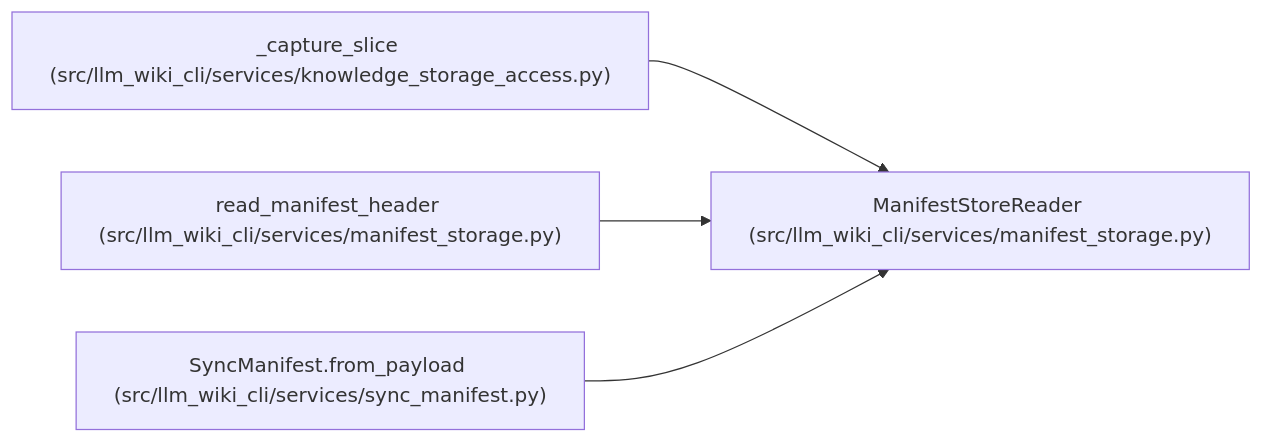
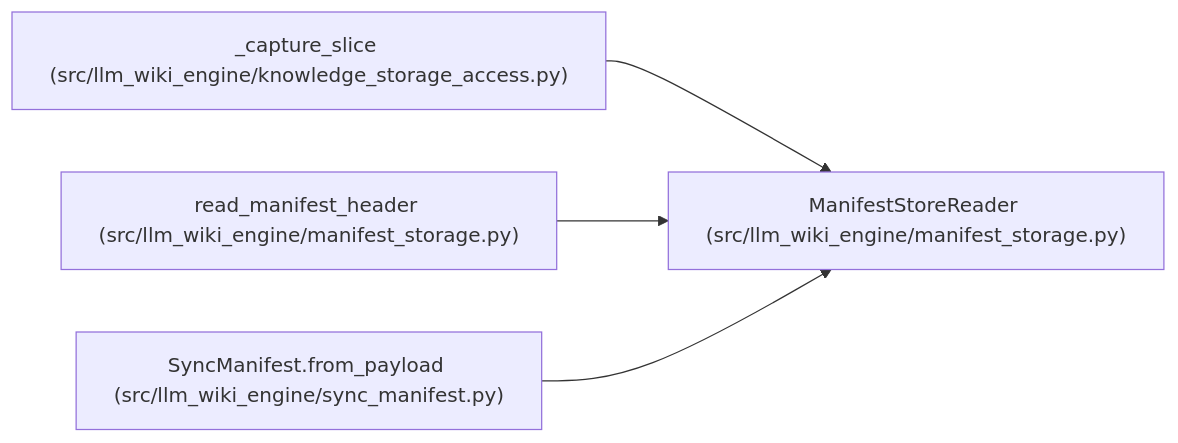
The diagram in docs/llm_wiki/entities/ManifestStoreReader.md (Denissvgn/python-wiki-llm), drawn with Mermaid before and after one commit. The commit also changed other lines of this file and 1058 other files, not shown here.

First line of the commit message:
docs: refresh the wiki for the knowledge store move

````diff
--- a/docs/llm_wiki/entities/ManifestStoreReader.md
+++ b/docs/llm_wiki/entities/ManifestStoreReader.md
@@ -28,14 +28,14 @@
 ```mermaid
 flowchart LR
-    n0["ManifestStoreReader (src/llm_wiki_cli/services/manifest_storage.py)"]
-    n1["_capture_slice (src/llm_wiki_cli/services/knowledge_storage_access.py)"]
-    n2["read_manifest_header (src/llm_wiki_cli/services/manifest_storage.py)"]
-    n3["SyncManifest.from_payload (src/llm_wiki_cli/services/sync_manifest.py)"]
+    n0["ManifestStoreReader (src/llm_wiki_engine/manifest_storage.py)"]
+    n1["_capture_slice (src/llm_wiki_engine/knowledge_storage_access.py)"]
+    n2["read_manifest_header (src/llm_wiki_engine/manifest_storage.py)"]
+    n3["SyncManifest.from_payload (src/llm_wiki_engine/sync_manifest.py)"]
     n1 --> n0
     n2 --> n0
     n3 --> n0
     click n0 "../modules/manifest_storage.md"
     click n1 "../modules/knowledge_storage_access.md"
     click n2 "../modules/manifest_storage.md"
     click n3 "../modules/sync_manifest.md"
 ```
````
